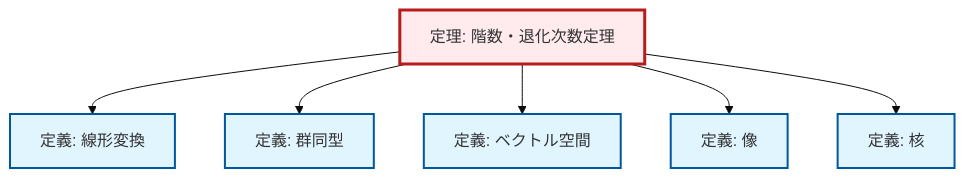
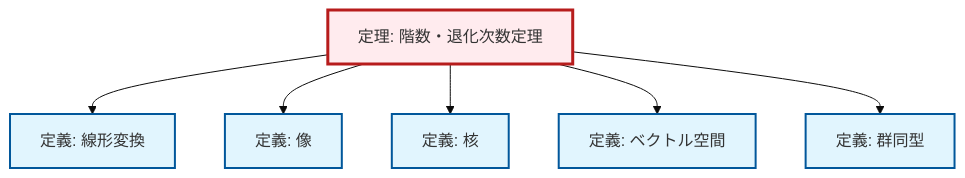
One commit to RK0429/ModernMath changed the diagram in output/mermaid/ja/thm-rank-nullity.mermaid. Above: the diagram before and after it, drawn with Mermaid (base theme). The commit also changed other lines of this file and 3096 other files, not shown here.

```diff
--- a/output/mermaid/ja/thm-rank-nullity.mermaid
+++ b/output/mermaid/ja/thm-rank-nullity.mermaid
@@ -1,18 +1,18 @@
 graph TD
     classDef definition fill:#e1f5fe,stroke:#01579b,stroke-width:2px
     classDef theorem fill:#f3e5f5,stroke:#4a148c,stroke-width:2px
     classDef axiom fill:#fff3e0,stroke:#e65100,stroke-width:2px
     classDef example fill:#e8f5e9,stroke:#1b5e20,stroke-width:2px
     classDef current fill:#ffebee,stroke:#b71c1c,stroke-width:3px
     def-kernel["定義: 核"]:::definition
+    def-image["定義: 像"]:::definition
+    def-linear-transformation["定義: 線形変換"]:::definition
+    def-isomorphism["定義: 群同型"]:::definition
+    thm-rank-nullity["定理: 階数・退化次数定理"]:::theorem
     def-vector-space["定義: ベクトル空間"]:::definition
-    def-linear-transformation["定義: 線形変換"]:::definition
-    thm-rank-nullity["定理: 階数・退化次数定理"]:::theorem
-    def-isomorphism["定義: 群同型"]:::definition
-    def-image["定義: 像"]:::definition
     thm-rank-nullity --> def-linear-transformation
-    thm-rank-nullity --> def-isomorphism
-    thm-rank-nullity --> def-vector-space
     thm-rank-nullity --> def-image
     thm-rank-nullity --> def-kernel
+    thm-rank-nullity --> def-vector-space
+    thm-rank-nullity --> def-isomorphism
     class thm-rank-nullity current
```
